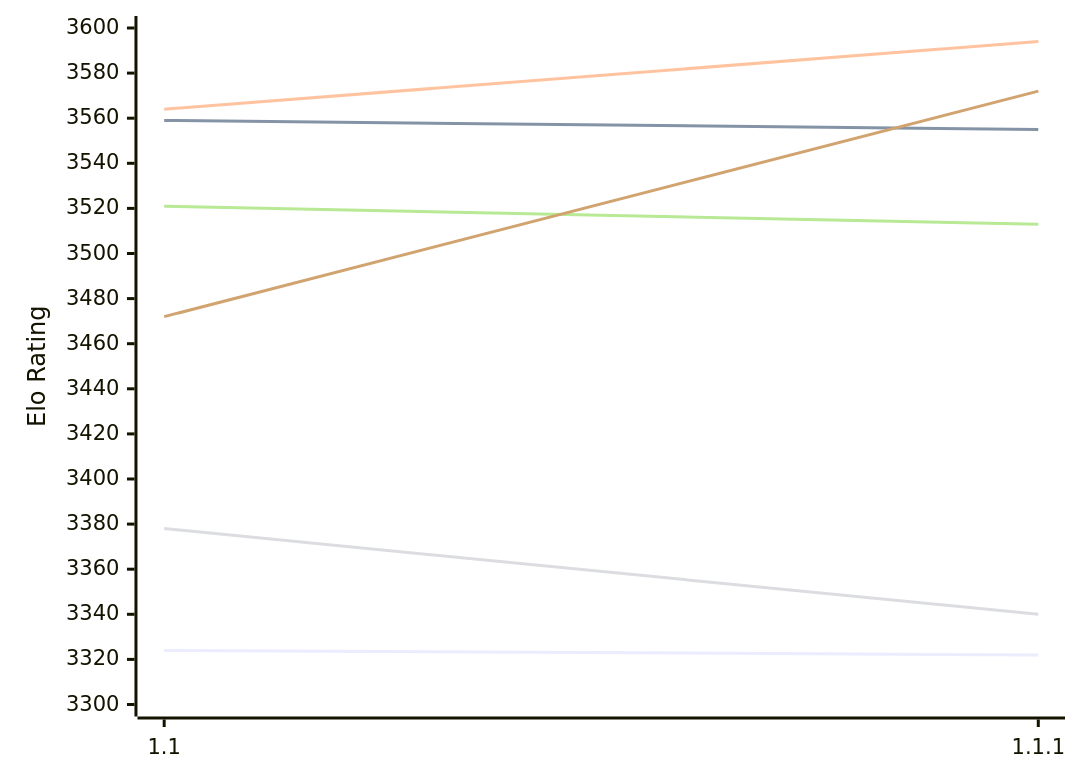
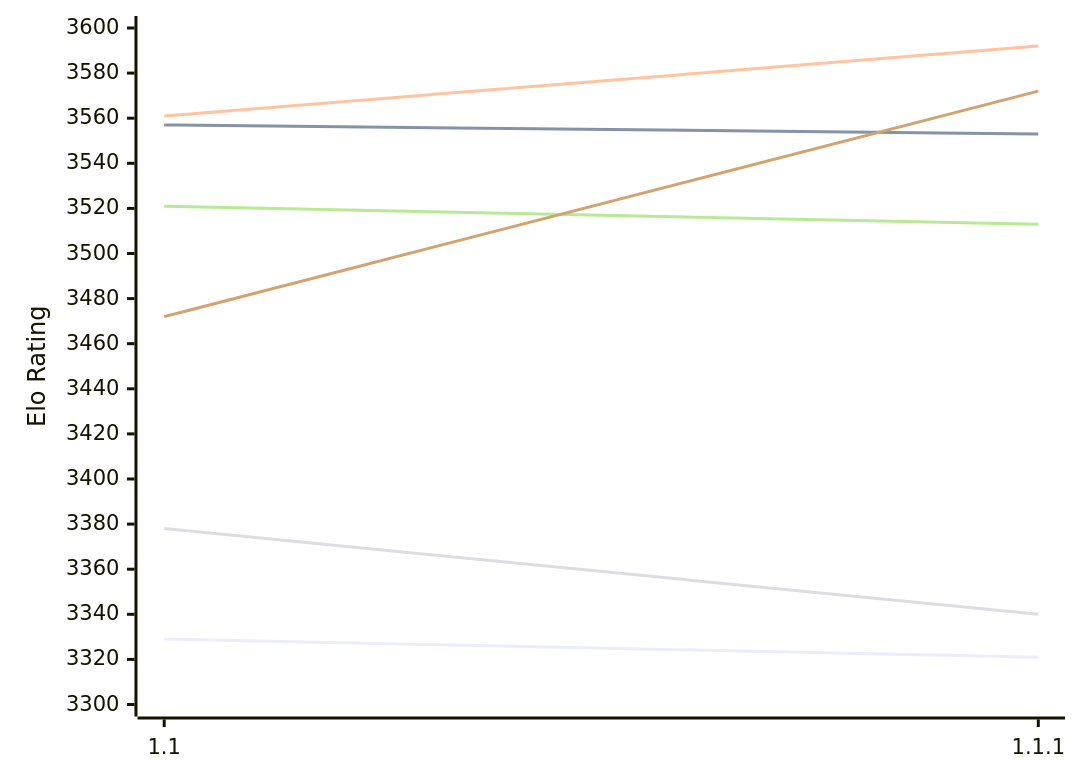
The first of 2 diagrams in engines/Icarus.md (computer-chess-index/cci), drawn with Mermaid before and after one commit. The commit also changed other lines of this file, not shown here.

Commit message:
Update CCI Ratings (ELO VLTC) - 2026-11-28

````diff
--- a/engines/Icarus.md
+++ b/engines/Icarus.md
@@ -51,12 +51,12 @@
 ```mermaid
 %%{init: {"theme":"base","themeVariables":{"seriesColors:['#a3a3a3','#222221','#faa371']}}}%%
 xychart-beta
   x-axis ["1.1", "1.1.1"]
   y-axis "Elo Rating" 3300 --> 3600
-  line "E1: STC (8.0+0.08s)" [3324, 3322]
-  line "E1: LTC (60.0+0.60s)" [3559, 3555]
-  line "E1: VLTC (2m24s+1.12s)" [3564, 3594]
+  line "E1: STC (8.0+0.08s)" [3329, 3321]
+  line "E1: LTC (60.0+0.60s)" [3557, 3553]
+  line "E1: VLTC (2m24s+1.12s)" [3561, 3592]
   line "P1: STC (8.0+0.08s)" [3378, 3340]
   line "P1: LTC (60.0+0.60s)" [3521, 3513]
   line "P1: VLTC (2m24s+1.12s)" [3472, 3572]
 ```
````
